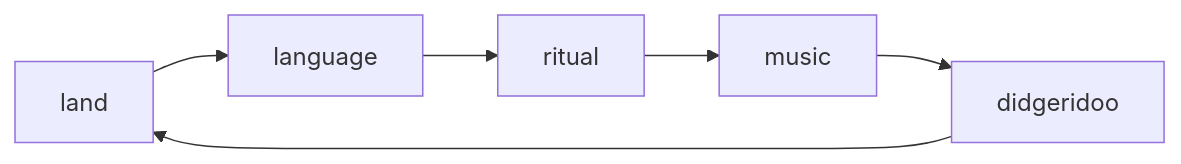
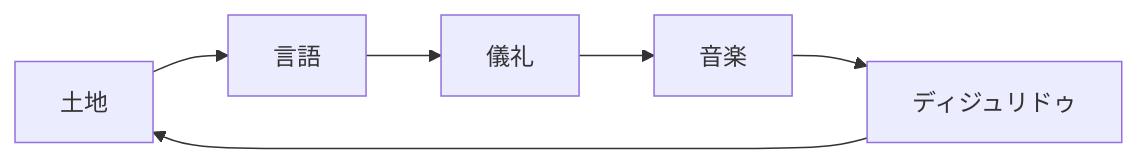
The second of 2 diagrams in en/_posts/2026-01-16-column-didgeridoo-sound.md (monumental-movement/monumental-movement.github.io), drawn with Mermaid before and after one commit. The commit also changed other lines of this file and 775 other files, not shown here.

```diff
--- a/en/_posts/2026-01-16-column-didgeridoo-sound.md
+++ b/en/_posts/2026-01-16-column-didgeridoo-sound.md
@@ -155,8 +155,8 @@
 <div class="mermaid">
 flowchart LR
-    Land[land] --> Language[language]
-    Language --> Ritual[ritual]
-    Ritual --> Music[music]
-    Music --> Instrument[didgeridoo]
+    Land[土地] --> Language[言語]
+    Language --> Ritual[儀礼]
+    Ritual --> Music[音楽]
+    Music --> Instrument[ディジュリドゥ]
     Instrument --> Land
 </div>
```
